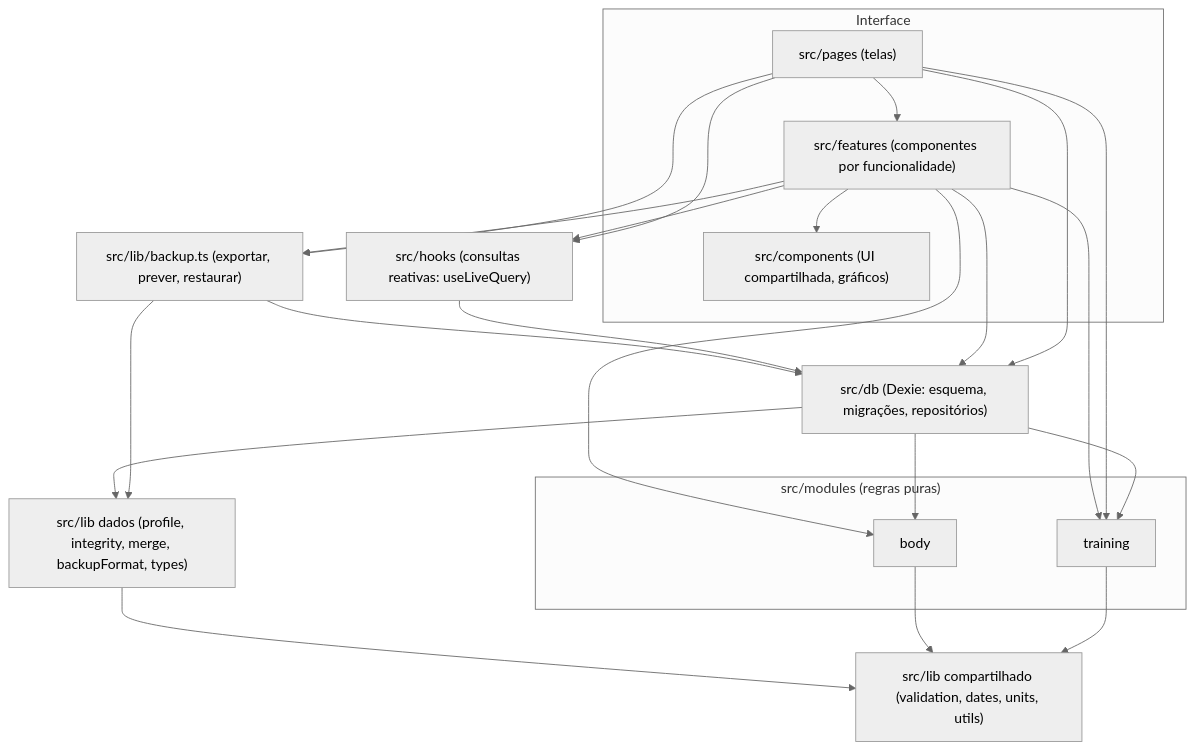
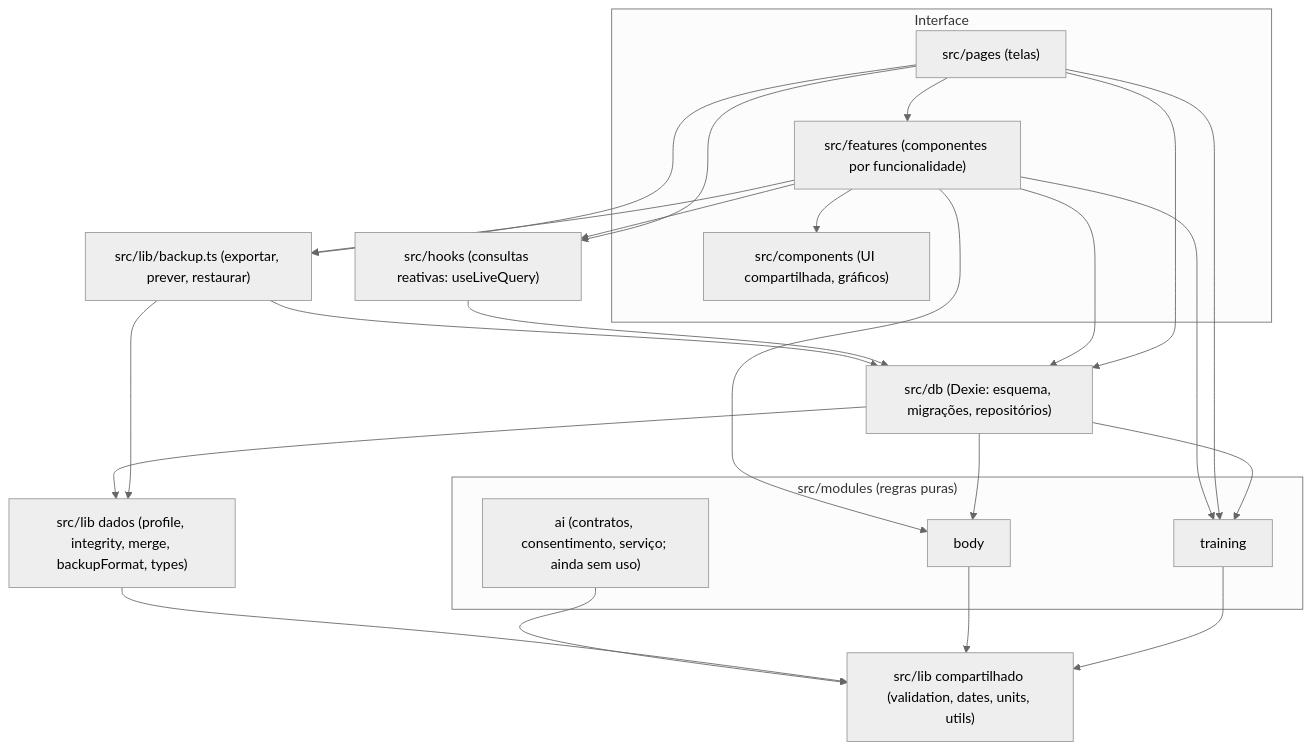
The diagram in docs/ARQUITETURA.md (AdrielBR25/IronTrack), drawn with Mermaid (neutral theme) before and after one commit. The commit also changed other lines of this file and 1 other file, not shown here.

````diff
--- a/docs/ARQUITETURA.md
+++ b/docs/ARQUITETURA.md
@@ -18,37 +19,39 @@
 ```mermaid
 flowchart TD
   subgraph UI["Interface"]
     pages["src/pages (telas)"]
     features["src/features (componentes por funcionalidade)"]
     components["src/components (UI compartilhada, gráficos)"]
   end
   hooks["src/hooks (consultas reativas: useLiveQuery)"]
   db["src/db (Dexie: esquema, migrações, repositórios)"]
   backup["src/lib/backup.ts (exportar, prever, restaurar)"]
   subgraph Domínios["src/modules (regras puras)"]
     training["training"]
     body["body"]
+    ai["ai (contratos, consentimento, serviço; ainda sem uso)"]
   end
   shared["src/lib compartilhado (validation, dates, units, utils)"]
   safety["src/lib dados (profile, integrity, merge, backupFormat, types)"]
 
   pages --> features --> components
   pages --> hooks
   features --> hooks
   pages --> db
   features --> db
   pages --> backup
   features --> backup
   hooks --> db
   backup --> db
   backup --> safety
   db --> training
   db --> body
   db --> safety
   pages --> training
   features --> training
   features --> body
   training --> shared
   body --> shared
   safety --> shared
+  ai --> shared
 ```
````
